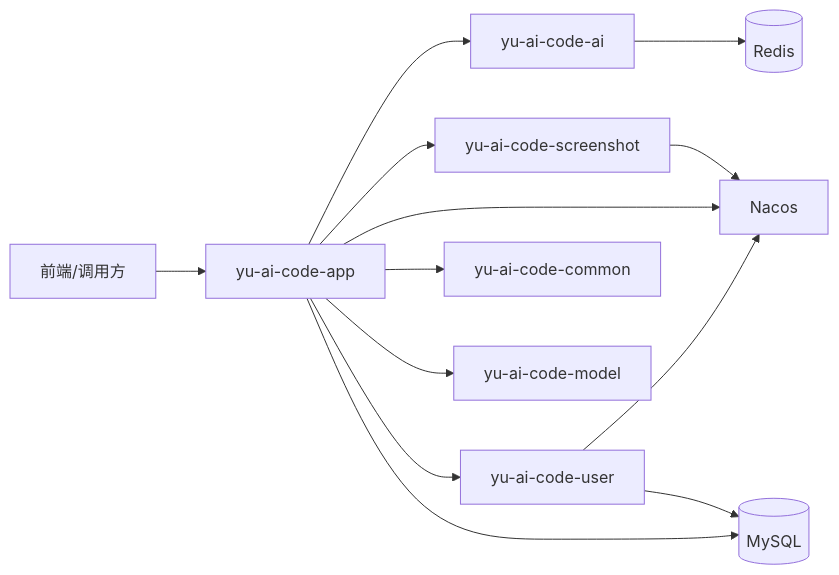
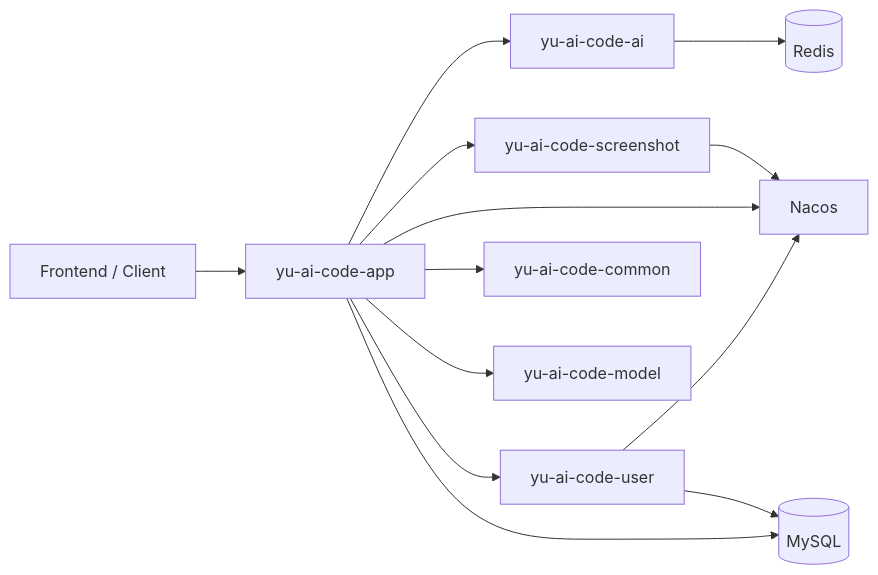
The third of 3 diagrams in README.md (Wayneee1/yu-ai-code-mother), drawn with Mermaid before and after one commit. The commit also changed other lines of this file, not shown here.

Commit message:
修复Mermaid显示BUG

````diff
--- a/README.md
+++ b/README.md
@@ -104,15 +104,15 @@
 ```mermaid
 flowchart LR
-    GatewayClient[前端/调用方] --> AppService[yu-ai-code-app]
-    AppService --> UserService[yu-ai-code-user]
-    AppService --> AIService[yu-ai-code-ai]
-    AppService --> ScreenshotService[yu-ai-code-screenshot]
-    AppService --> Common[yu-ai-code-common]
-    AppService --> Model[yu-ai-code-model]
-    UserService --> Registry[Nacos]
+    GatewayClient["Frontend / Client"] --> AppService["yu-ai-code-app"]
+    AppService --> UserService["yu-ai-code-user"]
+    AppService --> AIService["yu-ai-code-ai"]
+    AppService --> ScreenshotService["yu-ai-code-screenshot"]
+    AppService --> Common["yu-ai-code-common"]
+    AppService --> Model["yu-ai-code-model"]
+    UserService --> Registry["Nacos"]
     AppService --> Registry
     ScreenshotService --> Registry
-    AIService --> Redis[(Redis)]
-    AppService --> MySQL[(MySQL)]
+    AIService --> Redis[("Redis")]
+    AppService --> MySQL[("MySQL")]
     UserService --> MySQL
 ```
````
